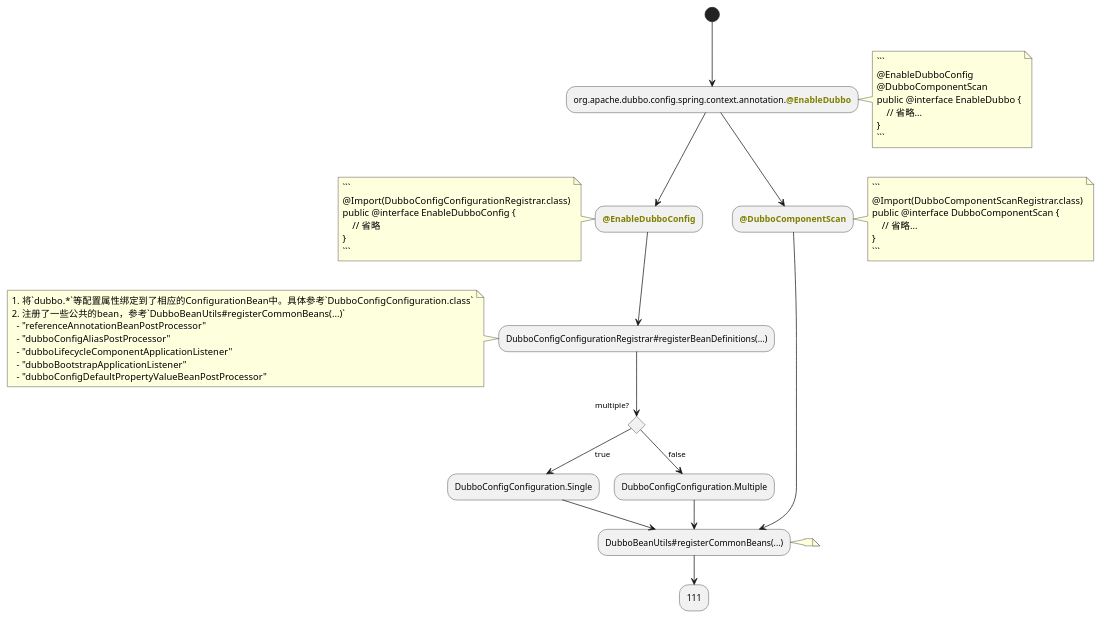
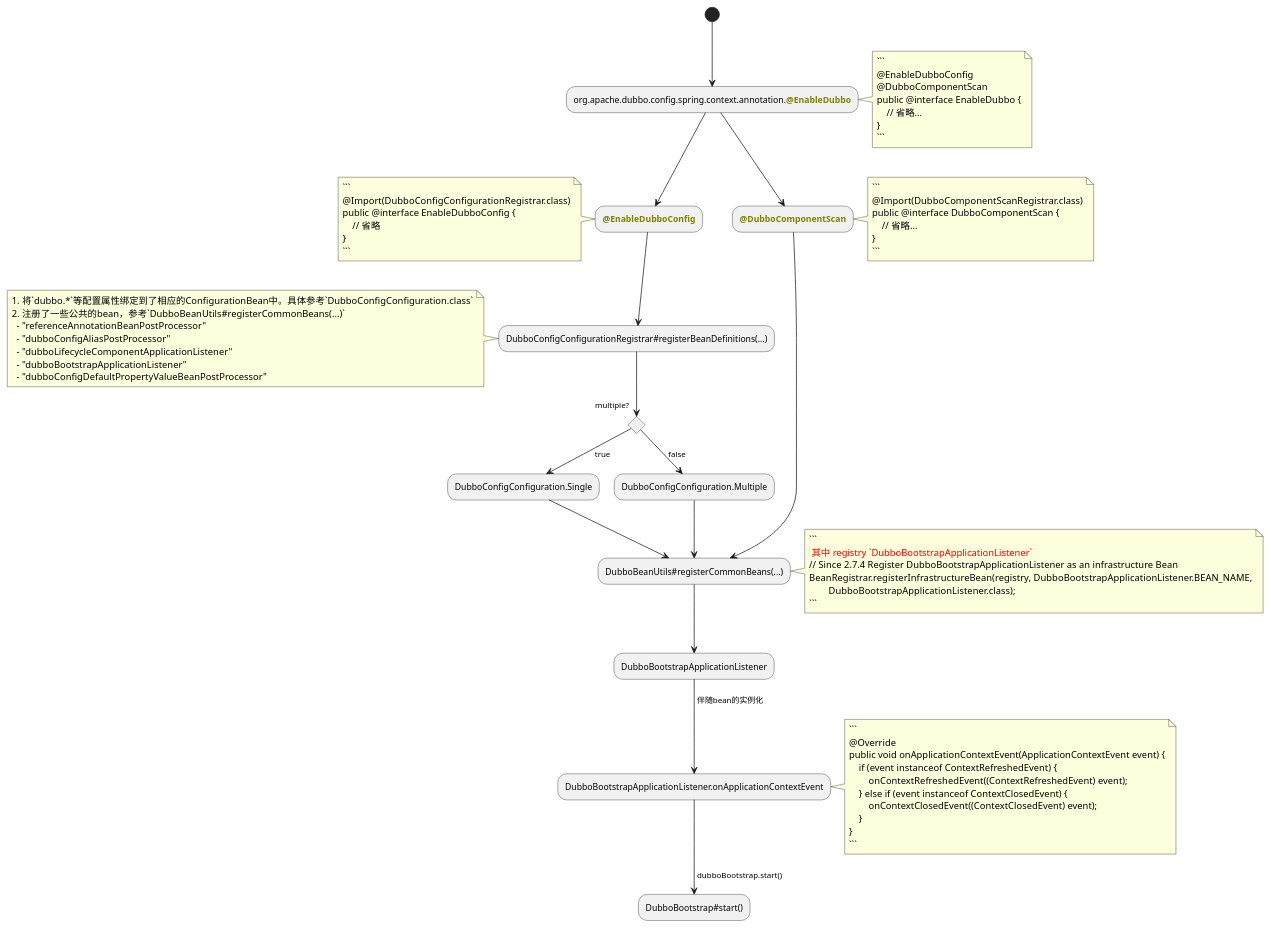
One commit to vergilyn/dubbo changed the diagram in vergilyn-dubbo-examples/docs/plant-uml/dubbo-provider-startup-procedure.puml. Above: the diagram before and after it, drawn with PlantUML. The commit also changed 6 other files, not shown here.

Commit message:
docs: add 'dubbo-service-bean-export'

````diff
--- a/vergilyn-dubbo-examples/docs/plant-uml/dubbo-provider-startup-procedure.puml
+++ b/vergilyn-dubbo-examples/docs/plant-uml/dubbo-provider-startup-procedure.puml
@@ -1,60 +1,78 @@
 @startuml
 (*)  --> "org.apache.dubbo.config.spring.context.annotation.<color:808000>**@EnableDubbo**</color>" as enable_dubbo
 note right
 ```
 @EnableDubboConfig
 @DubboComponentScan
 public @interface EnableDubbo {
     // 省略...
 }
 ```
 end note
 
 enable_dubbo --> "<color:808000>**@EnableDubboConfig**</color>"
 note left
 ```
 @Import(DubboConfigConfigurationRegistrar.class)
 public @interface EnableDubboConfig {
     // 省略
 }
 ```
 end note
 
 --> "DubboConfigConfigurationRegistrar#registerBeanDefinitions(...)"
 note left
 1. 将`dubbo.*`等配置属性绑定到了相应的ConfigurationBean中。具体参考`DubboConfigConfiguration.class`
 2. 注册了一些公共的bean，参考`DubboBeanUtils#registerCommonBeans(...)`
   - "referenceAnnotationBeanPostProcessor"
   - "dubboConfigAliasPostProcessor"
   - "dubboLifecycleComponentApplicationListener"
   - "dubboBootstrapApplicationListener"
   - "dubboConfigDefaultPropertyValueBeanPostProcessor"
 end note
 
 if multiple? then
     -->[true] "DubboConfigConfiguration.Single" as config_single
     --> "DubboBeanUtils#registerCommonBeans(...)" as config_common
 else
     -->[false] "DubboConfigConfiguration.Multiple" as config_multiple
     --> config_common
 endif
 
---> "111"
-
-
 enable_dubbo --> "<color:808000>**@DubboComponentScan**</color>"
 note right
 ```
 @Import(DubboComponentScanRegistrar.class)
 public @interface DubboComponentScan {
     // 省略...
 }
 ```
 end note
 
 -->[ ] config_common
 note right
-
+```
+<color:red> 其中 registry `DubboBootstrapApplicationListener` </color>
+// Since 2.7.4 Register DubboBootstrapApplicationListener as an infrastructure Bean
+BeanRegistrar.registerInfrastructureBean(registry, DubboBootstrapApplicationListener.BEAN_NAME,
+        DubboBootstrapApplicationListener.class);
+```
 end note
 
+-->[ ] "DubboBootstrapApplicationListener"
+-->[ 伴随bean的实例化] "DubboBootstrapApplicationListener.onApplicationContextEvent"
+note right
+```
+@Override
+public void onApplicationContextEvent(ApplicationContextEvent event) {
+    if (event instanceof ContextRefreshedEvent) {
+        onContextRefreshedEvent((ContextRefreshedEvent) event);
+    } else if (event instanceof ContextClosedEvent) {
+        onContextClosedEvent((ContextClosedEvent) event);
+    }
+}
+```
+end note
+
+-->[ dubboBootstrap.start()] "DubboBootstrap#start()"
 @enduml
````
